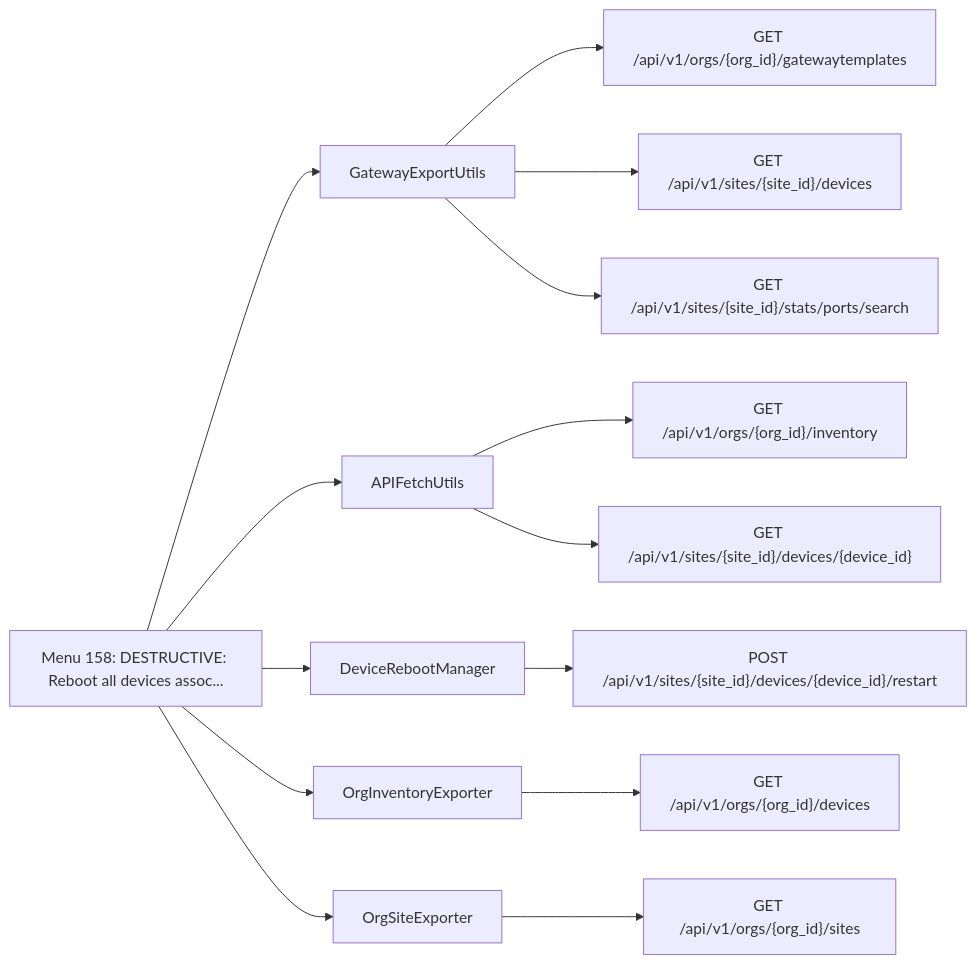
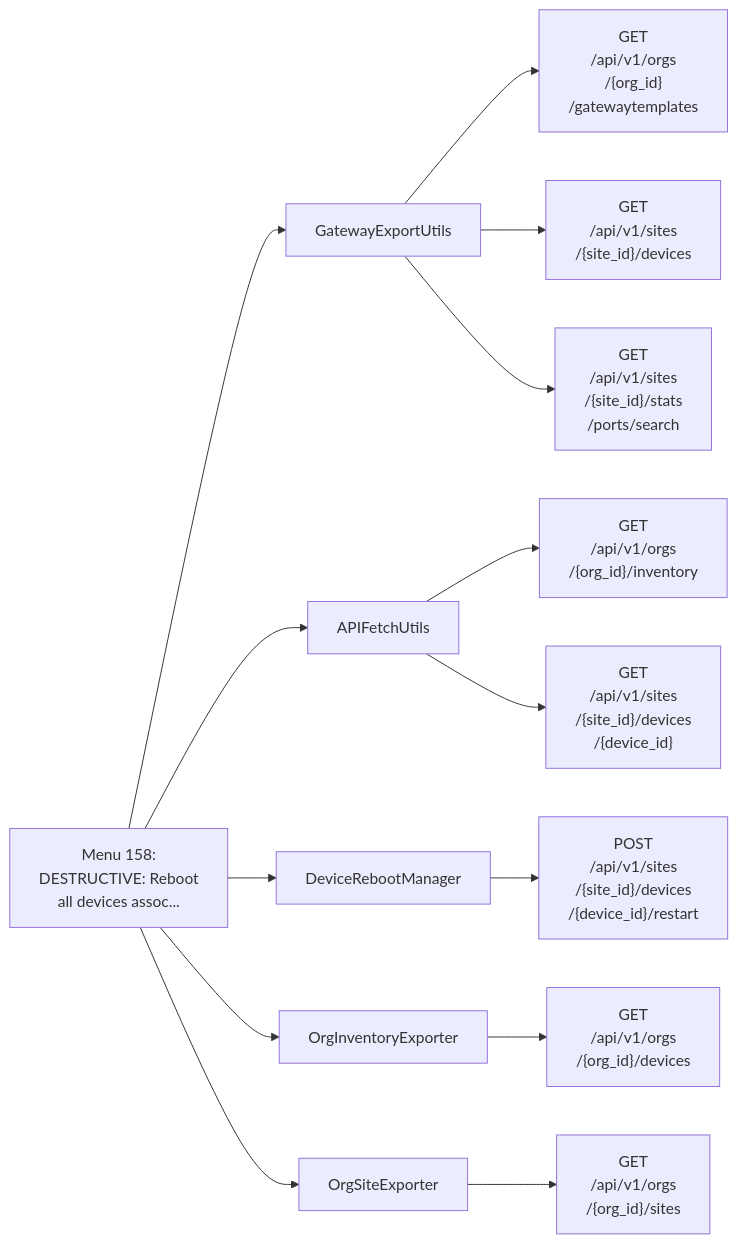
Before and after one commit to jmorrison-juniper/MistHelper: the sixth of 27 diagrams in documentation/menu-api/destructive.md, drawn with Mermaid. The commit also changed other lines of this file and 19 other files, not shown here.

First line of the commit message:
docs(menu-api): fit the Mermaid diagrams to the wiki column (#3463)

````diff
--- a/documentation/menu-api/destructive.md
+++ b/documentation/menu-api/destructive.md
@@ -389,17 +188,17 @@
 ```mermaid
 flowchart LR
-    menu["Menu 158: DESTRUCTIVE: Reboot all devices assoc..."]
+    menu["Menu 158:<br/>DESTRUCTIVE: Reboot<br/>all devices assoc..."]
     menu --> c1["GatewayExportUtils"]
-    c1 --> e1["GET /api/v1/orgs/{org_id}/gatewaytemplates"]
-    c1 --> e2["GET /api/v1/sites/{site_id}/devices"]
-    c1 --> e3["GET /api/v1/sites/{site_id}/stats/ports/search"]
+    c1 --> e1["GET<br/>/api/v1/orgs<br/>/{org_id}<br/>/gatewaytemplates"]
+    c1 --> e2["GET<br/>/api/v1/sites<br/>/{site_id}/devices"]
+    c1 --> e3["GET<br/>/api/v1/sites<br/>/{site_id}/stats<br/>/ports/search"]
     menu --> c2["APIFetchUtils"]
-    c2 --> e4["GET /api/v1/orgs/{org_id}/inventory"]
-    c2 --> e5["GET /api/v1/sites/{site_id}/devices/{device_id}"]
+    c2 --> e4["GET<br/>/api/v1/orgs<br/>/{org_id}/inventory"]
+    c2 --> e5["GET<br/>/api/v1/sites<br/>/{site_id}/devices<br/>/{device_id}"]
     menu --> c3["DeviceRebootManager"]
-    c3 --> e6["POST /api/v1/sites/{site_id}/devices/{device_id}/restart"]
+    c3 --> e6["POST<br/>/api/v1/sites<br/>/{site_id}/devices<br/>/{device_id}/restart"]
     menu --> c4["OrgInventoryExporter"]
-    c4 --> e7["GET /api/v1/orgs/{org_id}/devices"]
+    c4 --> e7["GET<br/>/api/v1/orgs<br/>/{org_id}/devices"]
     menu --> c5["OrgSiteExporter"]
-    c5 --> e8["GET /api/v1/orgs/{org_id}/sites"]
+    c5 --> e8["GET<br/>/api/v1/orgs<br/>/{org_id}/sites"]
 ```
````
